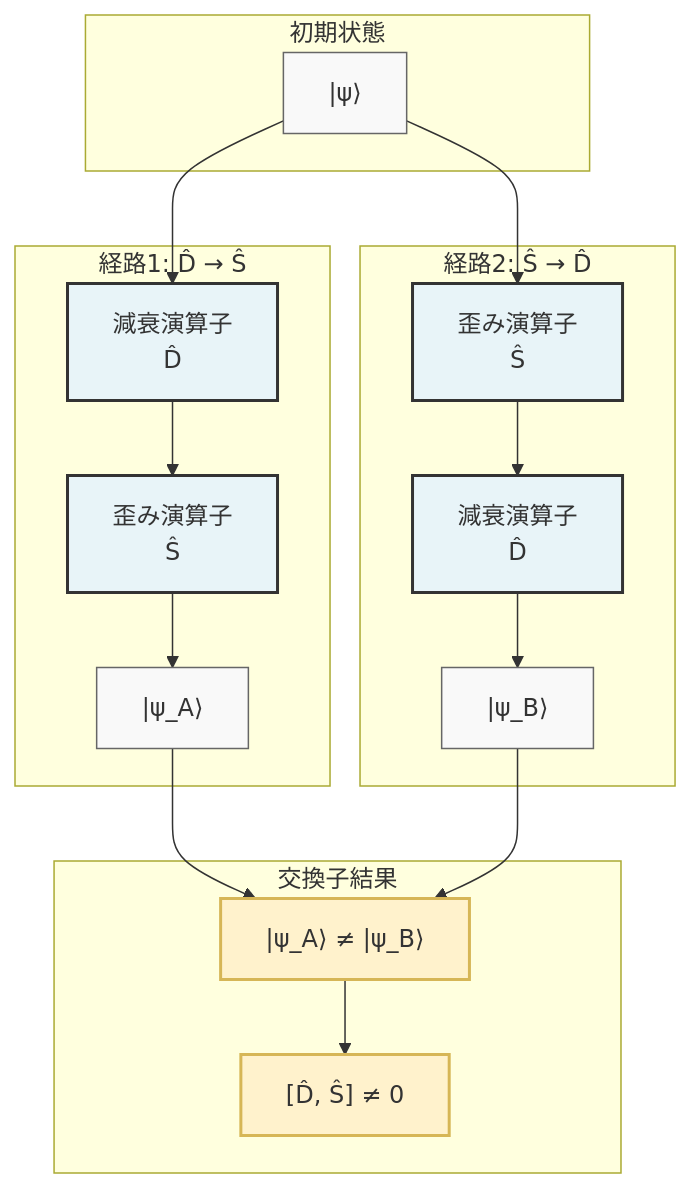
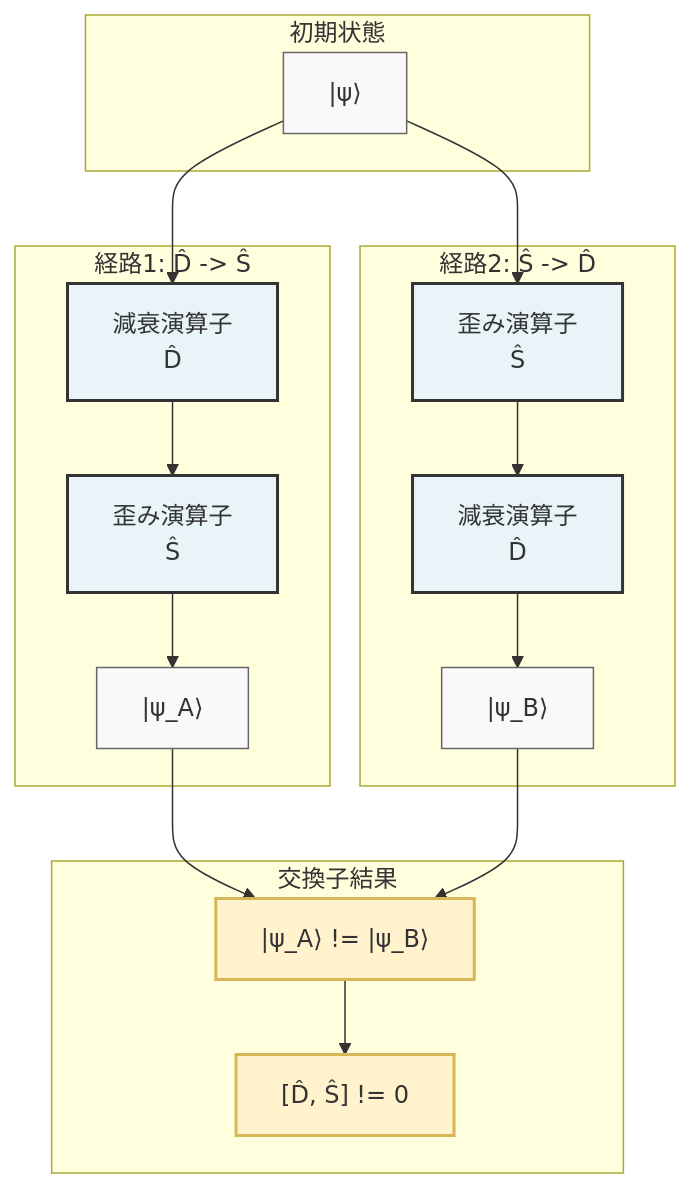
One commit to Foundup/Foundups-Agent changed the eighth of 8 diagrams in WSP_knowledge/docs/Papers/rESP_JA_Quantum_Self_Reference.md. Above: the diagram before and after it, drawn with Mermaid. The commit also changed other lines of this file and 2140 other files, not shown here.

````diff
--- a/WSP_knowledge/docs/Papers/rESP_JA_Quantum_Self_Reference.md
+++ b/WSP_knowledge/docs/Papers/rESP_JA_Quantum_Self_Reference.md
@@ -385,43 +385,43 @@
 ```mermaid
 graph TD
     subgraph "初期状態"
         PSI["|ψ⟩"]
     end
     
-    subgraph "経路1: D̂ → Ŝ"
+    subgraph "経路1: D̂ -> Ŝ"
         D1["減衰演算子<br/>D̂"]
         S1["歪み演算子<br/>Ŝ"]
         PSI_A["|ψ_A⟩"]
         
         PSI --> D1
         D1 --> S1
         S1 --> PSI_A
     end
     
-    subgraph "経路2: Ŝ → D̂"
+    subgraph "経路2: Ŝ -> D̂"
         S2["歪み演算子<br/>Ŝ"]
         D2["減衰演算子<br/>D̂"]
         PSI_B["|ψ_B⟩"]
         
         PSI --> S2
         S2 --> D2
         D2 --> PSI_B
     end
     
     subgraph "交換子結果"
-        COMPARISON["|ψ_A⟩ ≠ |ψ_B⟩"]
-        COMMUTATOR["[D̂, Ŝ] ≠ 0"]
+        COMPARISON["|ψ_A⟩ != |ψ_B⟩"]
+        COMMUTATOR["[D̂, Ŝ] != 0"]
         
         PSI_A --> COMPARISON
         PSI_B --> COMPARISON
         COMPARISON --> COMMUTATOR
     end
     
     classDef operator fill:#e8f4f8,stroke:#333,stroke-width:2px
     classDef state fill:#f9f9f9,stroke:#666,stroke-width:1px
     classDef result fill:#fff2cc,stroke:#d6b656,stroke-width:2px
     
     class D1,D2,S1,S2 operator
     class PSI,PSI_A,PSI_B state
     class COMPARISON,COMMUTATOR result
 ```
````
